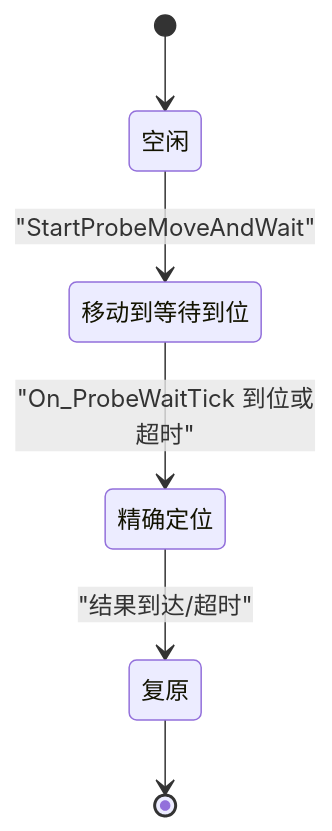
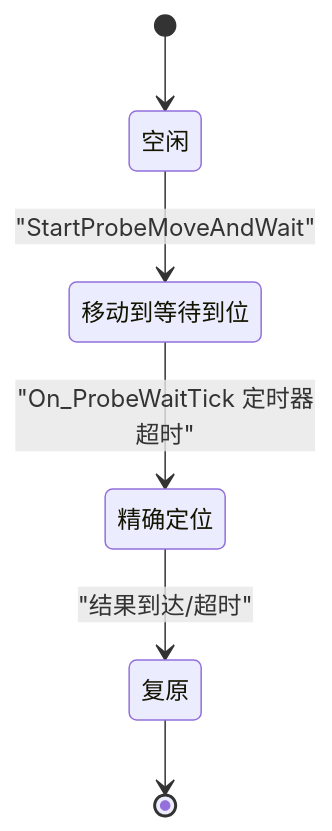
One commit to yangreest/Zero-value-Insulator-Robot-V2 changed the third of 7 diagrams in .qoder/repowiki/zh/content/用户手册/检测工作流程/检测执行阶段/探针定位控制.md. Above: the diagram before and after it, drawn with Mermaid. The commit also changed other lines of this file and 3 other files, not shown here.

````diff
--- a/.qoder/repowiki/zh/content/用户手册/检测工作流程/检测执行阶段/探针定位控制.md
+++ b/.qoder/repowiki/zh/content/用户手册/检测工作流程/检测执行阶段/探针定位控制.md
@@ -130,8 +129,8 @@
 ```mermaid
 stateDiagram-v2
 [*] --> 空闲
 空闲 --> 移动到等待到位 : "StartProbeMoveAndWait"
-移动到等待到位 --> 精确定位 : "On_ProbeWaitTick 到位或超时"
+移动到等待到位 --> 精确定位 : "On_ProbeWaitTick 定时器超时"
 精确定位 --> 复原 : "结果到达/超时"
 复原 --> [*]
 ```
````
